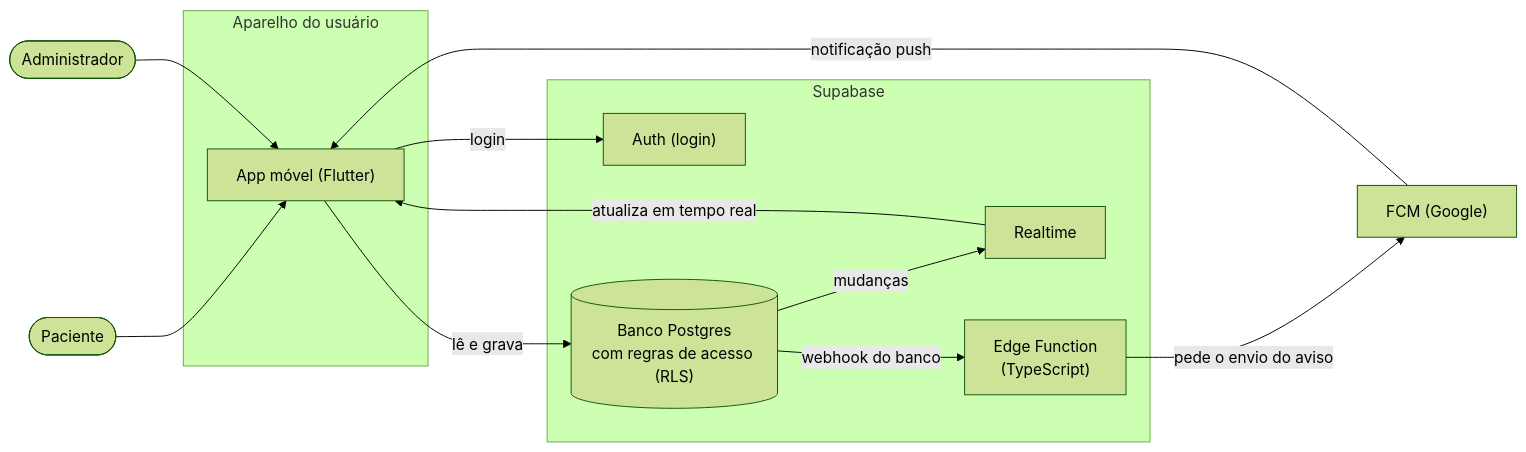
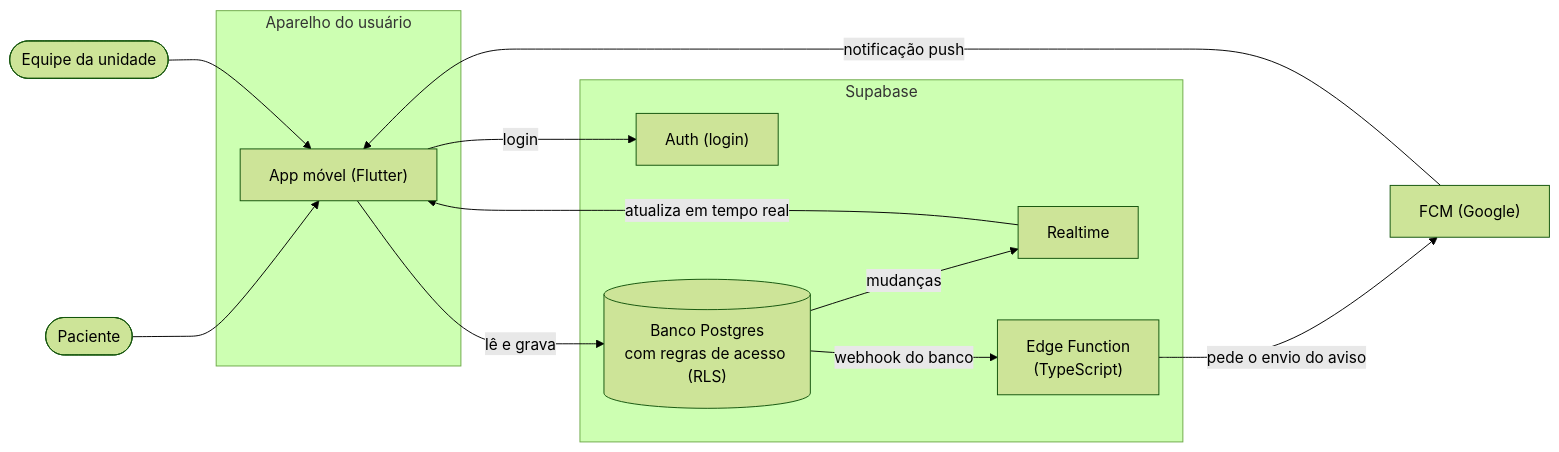
Before and after one commit to heitorcavss/pibic-saude: the first of 2 diagrams in docs/modelagem/arquitetura-e-fluxo.md, drawn with Mermaid (forest theme). The commit also changed other lines of this file and 5 other files, not shown here.

````diff
--- a/docs/modelagem/arquitetura-e-fluxo.md
+++ b/docs/modelagem/arquitetura-e-fluxo.md
@@ -10,28 +10,28 @@
 ```mermaid
 flowchart LR
     paciente([Paciente])
-    admin([Administrador])
+    equipe([Equipe da unidade])
 
     subgraph aparelho["Aparelho do usuário"]
         app["App móvel (Flutter)"]
     end
 
     subgraph supabase["Supabase"]
         auth["Auth (login)"]
         banco[("Banco Postgres<br/>com regras de acesso (RLS)")]
         realtime["Realtime"]
         edge["Edge Function<br/>(TypeScript)"]
     end
 
     fcm["FCM (Google)"]
 
     paciente --> app
-    admin --> app
+    equipe --> app
     app -->|"login"| auth
     app -->|"lê e grava"| banco
     banco -->|"mudanças"| realtime
     realtime -->|"atualiza em tempo real"| app
     banco -->|"webhook do banco"| edge
     edge -->|"pede o envio do aviso"| fcm
     fcm -->|"notificação push"| app
 ```
````
